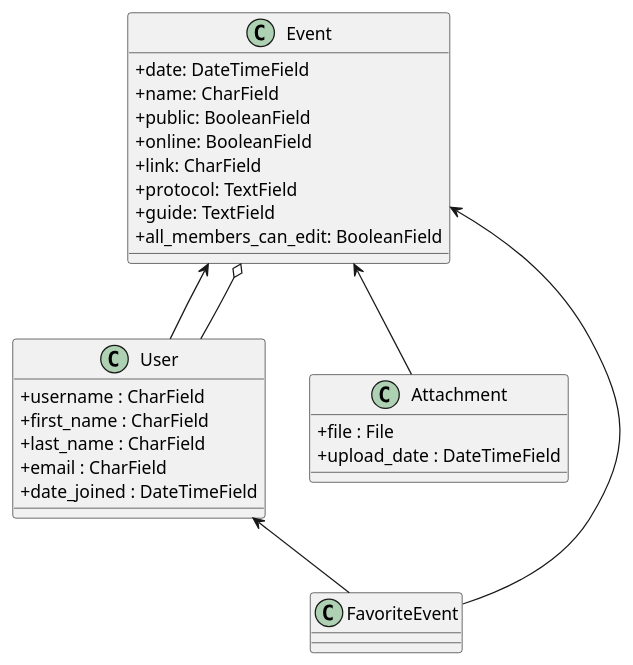
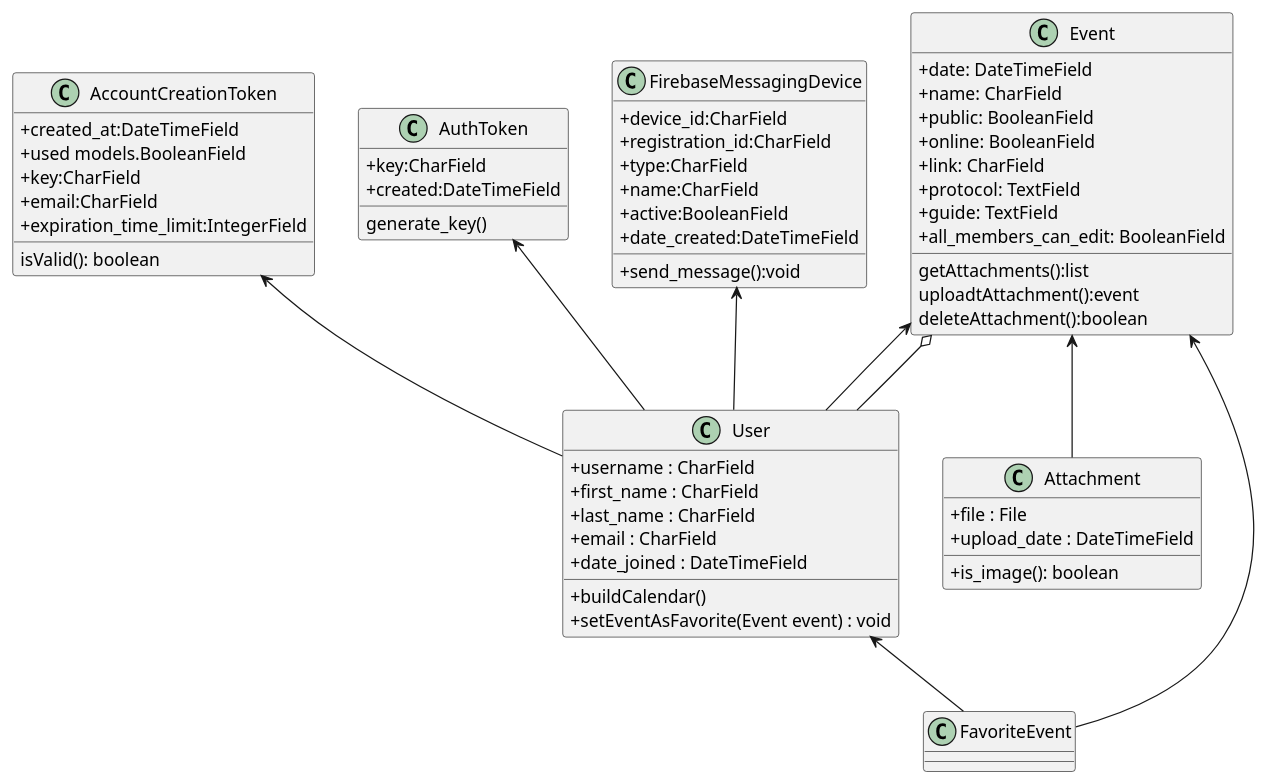
One commit to DricoGrosch/TCC-UDESC-DJANGO-APP changed the diagram in clas.puml. Above: the diagram before and after it, drawn with PlantUML. The commit also changed 4 other files, not shown here.

Commit message:
diagramas

```diff
--- a/clas.puml
+++ b/clas.puml
@@ -1,33 +1,65 @@
 @startuml
 skinparam classAttributeIconSize 0
 class Event {
     +date: DateTimeField
     +name: CharField
     +public: BooleanField
     +online: BooleanField
     +link: CharField
     +protocol: TextField
     +guide: TextField
     +all_members_can_edit: BooleanField
+    getAttachments():list
+    uploadtAttachment():event
+    deleteAttachment():boolean
 }
 
 class User {
 +username : CharField
 +first_name : CharField
 +last_name : CharField
 +email : CharField
 +date_joined : DateTimeField
++buildCalendar()
++setEventAsFavorite(Event event) : void
+
 }
 class Attachment {
     +file : File
     +upload_date : DateTimeField
+    +is_image(): boolean
 }
 class FavoriteEvent {
+}
+class AccountCreationToken{
++created_at:DateTimeField
++used models.BooleanField
++key:CharField
++email:CharField
++expiration_time_limit:IntegerField
+isValid(): boolean
+}
+class AuthToken{
++key:CharField
++created:DateTimeField
+generate_key()
+}
+class FirebaseMessagingDevice{
++device_id:CharField
++registration_id:CharField
++type:CharField
++name:CharField
++active:BooleanField
++date_created:DateTimeField
++send_message():void
 }
 Event <-- FavoriteEvent
 User <-- FavoriteEvent
 Event <-- Attachment
 Event <-- User
+FirebaseMessagingDevice <-- User
+AuthToken <-- User
+AccountCreationToken <-- User
 Event o-- User
 
 @enduml
```
